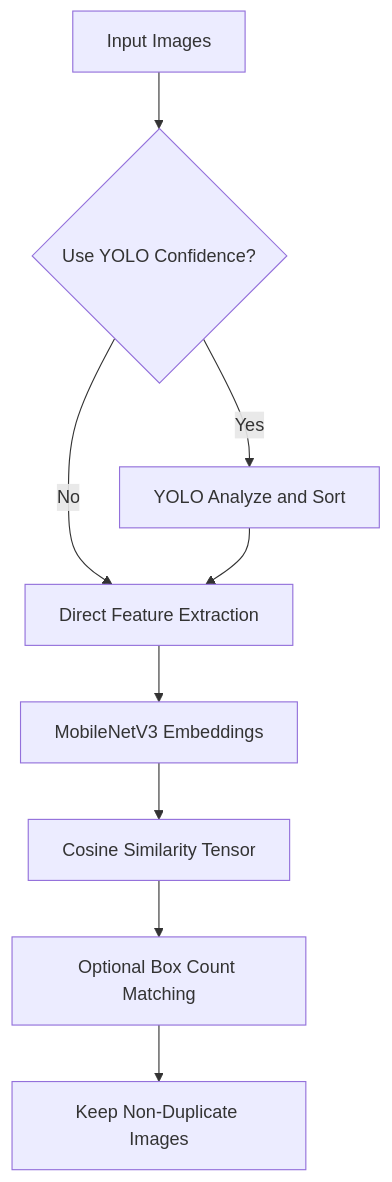
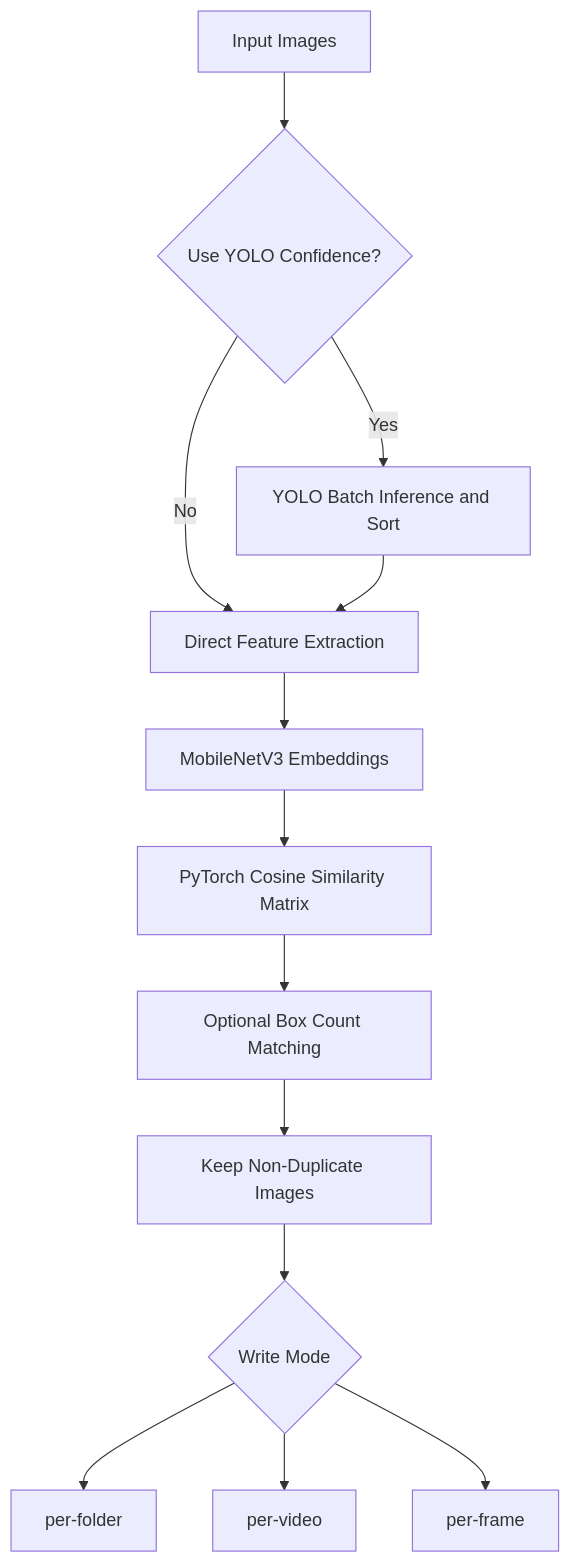
Before and after one commit to leo2783/Traffic-Violation-Reporting-Automation-TVRA: the second of 3 diagrams in Tools/sampling/detail/SAMPLING_DETAILS_en.md, drawn with Mermaid. The commit also changed other lines of this file and 18 other files, not shown here.

````diff
--- a/Tools/sampling/detail/SAMPLING_DETAILS_en.md
+++ b/Tools/sampling/detail/SAMPLING_DETAILS_en.md
@@ -64,11 +68,15 @@
 ```mermaid
 graph TD
     A[Input Images] --> B{Use YOLO Confidence?}
-    B -- Yes --> C[YOLO Analyze and Sort]
+    B -- Yes --> C[YOLO Batch Inference and Sort]
     B -- No --> D[Direct Feature Extraction]
     C --> D
     D --> E[MobileNetV3 Embeddings]
-    E --> F[Cosine Similarity Tensor]
+    E --> F[PyTorch Cosine Similarity Matrix]
     F --> G[Optional Box Count Matching]
     G --> H[Keep Non-Duplicate Images]
+    H --> I{Write Mode}
+    I --> J[per-folder]
+    I --> K[per-video]
+    I --> L[per-frame]
 ```
````
